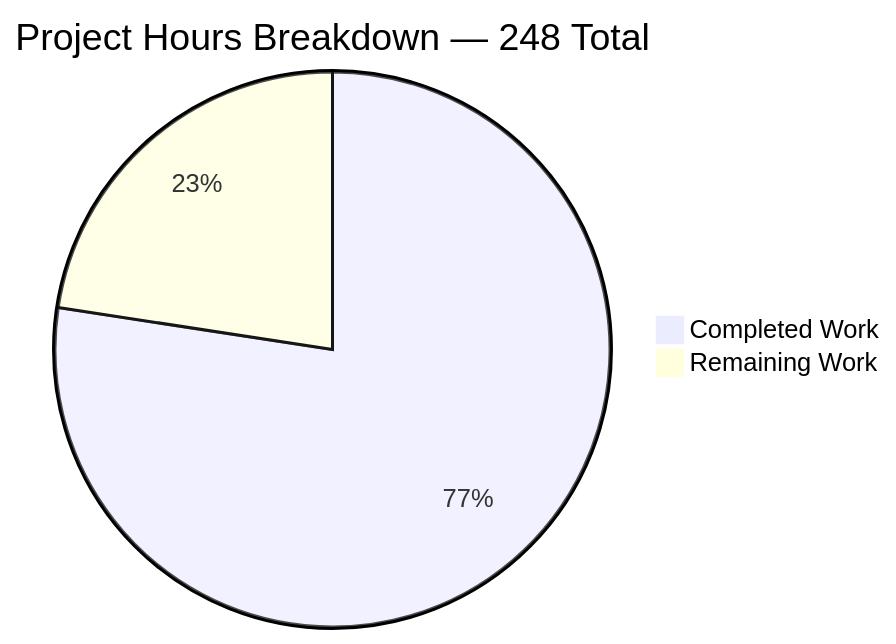
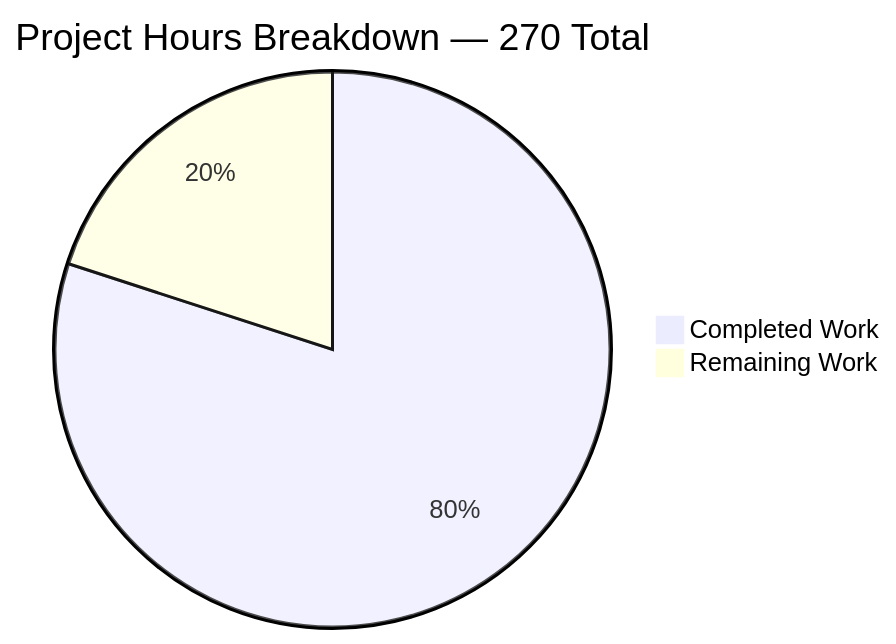
One commit to monero-project/monero changed the second of 4 diagrams in blitzy/documentation/Project Guide.md. Above: the diagram before and after it, drawn with Mermaid. The commit also changed other lines of this file, not shown here.

Commit message:
Adding Blitzy Project Guide: Project Status and Human Tasks Remaining

````diff
--- a/blitzy/documentation/Project Guide.md
+++ b/blitzy/documentation/Project Guide.md
@@ -1294,5 +1547,5 @@
 ```mermaid
-pie title Project Hours Breakdown — 248 Total
-    "Completed Work" : 192
-    "Remaining Work" : 56
+pie title Project Hours Breakdown — 270 Total
+    "Completed Work" : 216
+    "Remaining Work" : 54
 ```
````
